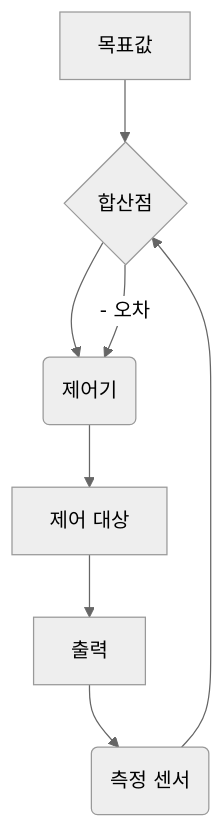
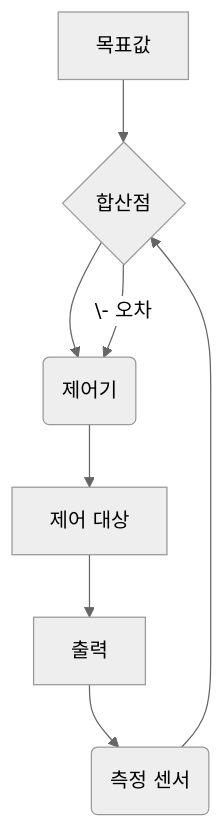
One commit to HyoMin-Jung/Robotics changed the second of 2 diagrams in KHJ/7_control.md. Above: the diagram before and after it, drawn with Mermaid (neutral theme).

````diff
--- a/KHJ/7_control.md
+++ b/KHJ/7_control.md
@@ -45,10 +45,10 @@
     ```mermaid
     graph TD
         A[목표값] --> E{합산점}
         E --> B(제어기)
         B --> C[제어 대상]
         C --> D[출력]
         D --> F(측정 센서)
         F --> E
-        E -- "- 오차" --> B
+        E -- "\- 오차" --> B
     ```
````
